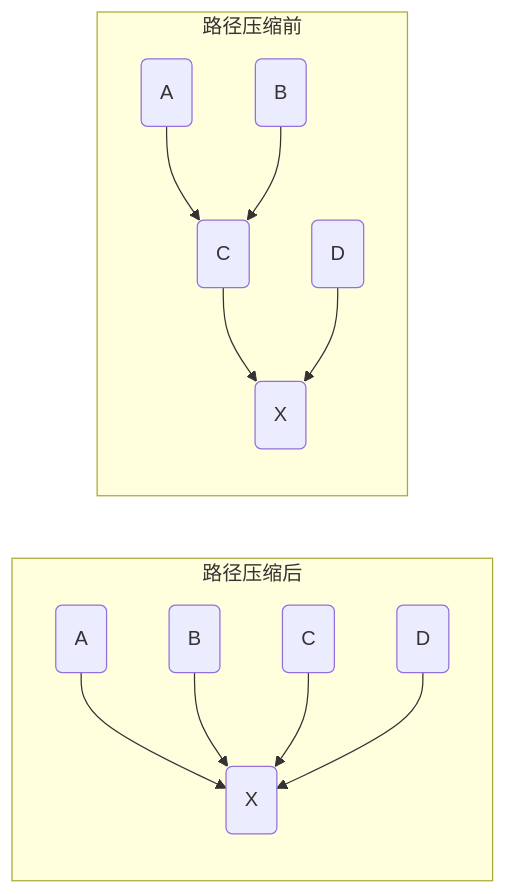
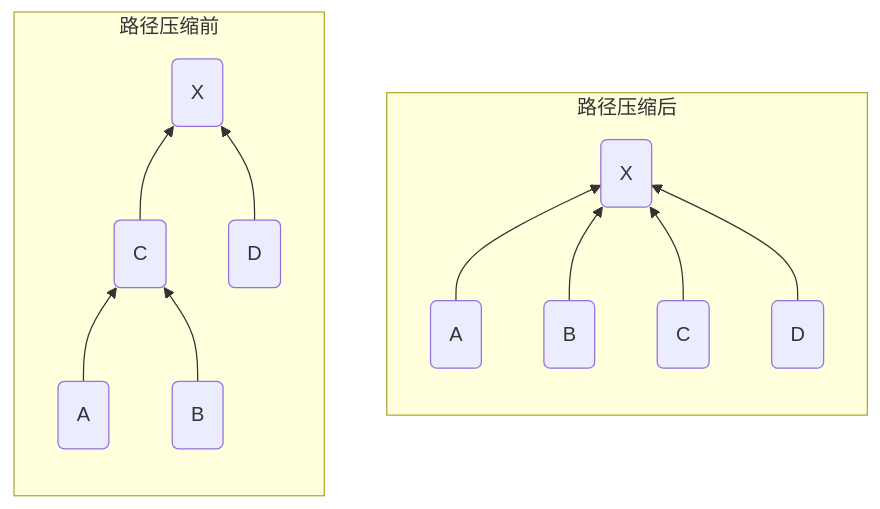
One commit to dmjcb/SelfBlog changed the third of 6 diagrams in DataStructures/Graph/并查集与最小生成树.md. Above: the diagram before and after it, drawn with Mermaid. The commit also changed other lines of this file and 42 other files, not shown here.

````diff
--- a/DataStructures/Graph/并查集与最小生成树.md
+++ b/DataStructures/Graph/并查集与最小生成树.md
@@ -95,17 +97,19 @@
 ```mermaid
-graph LR;
+graph BT;
     subgraph 路径压缩后
+    direction BT
         a1(A)-->x1(X)
         b1(B)-->x1(X)
         c1(C)-->x1(X)
         d1(D)-->x1(X)
     end
 
     subgraph 路径压缩前
+    direction BT
         a(A)-->c(C)
         b(B)-->c(C)
         c(C)-->x(X)
 
         d(D)-->x(X)
     end
 ```
````
